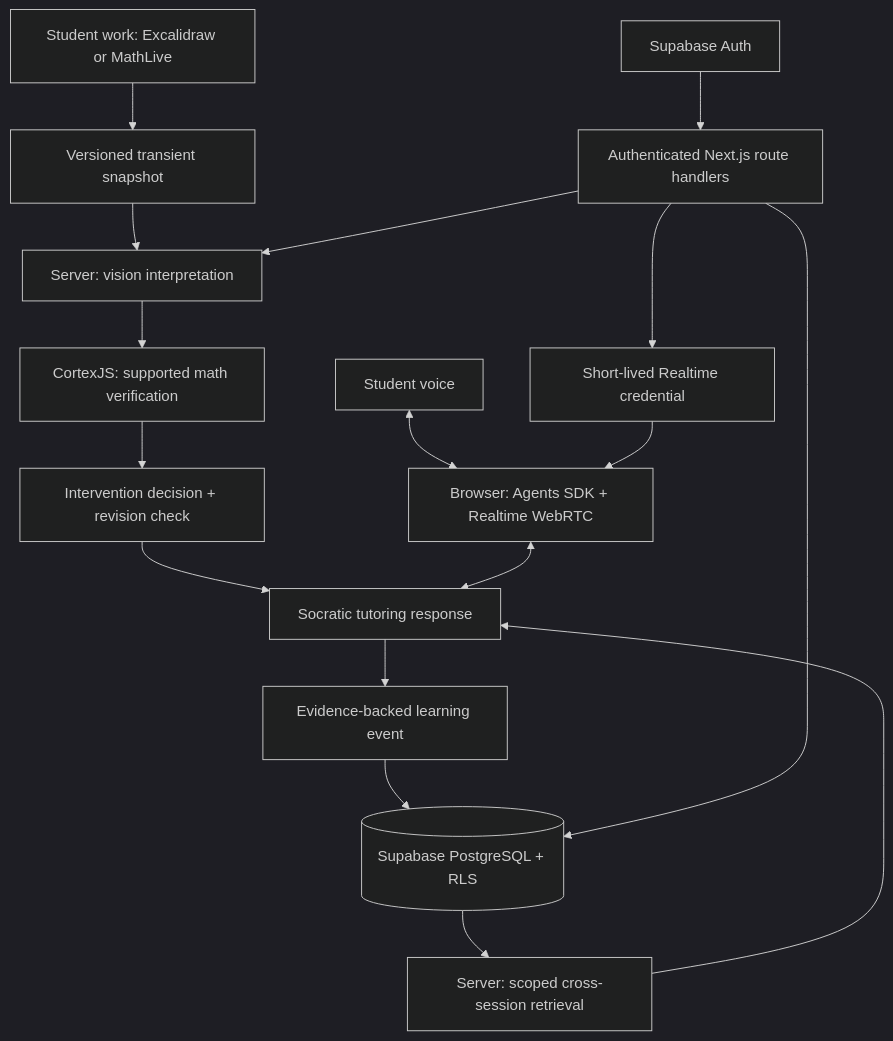
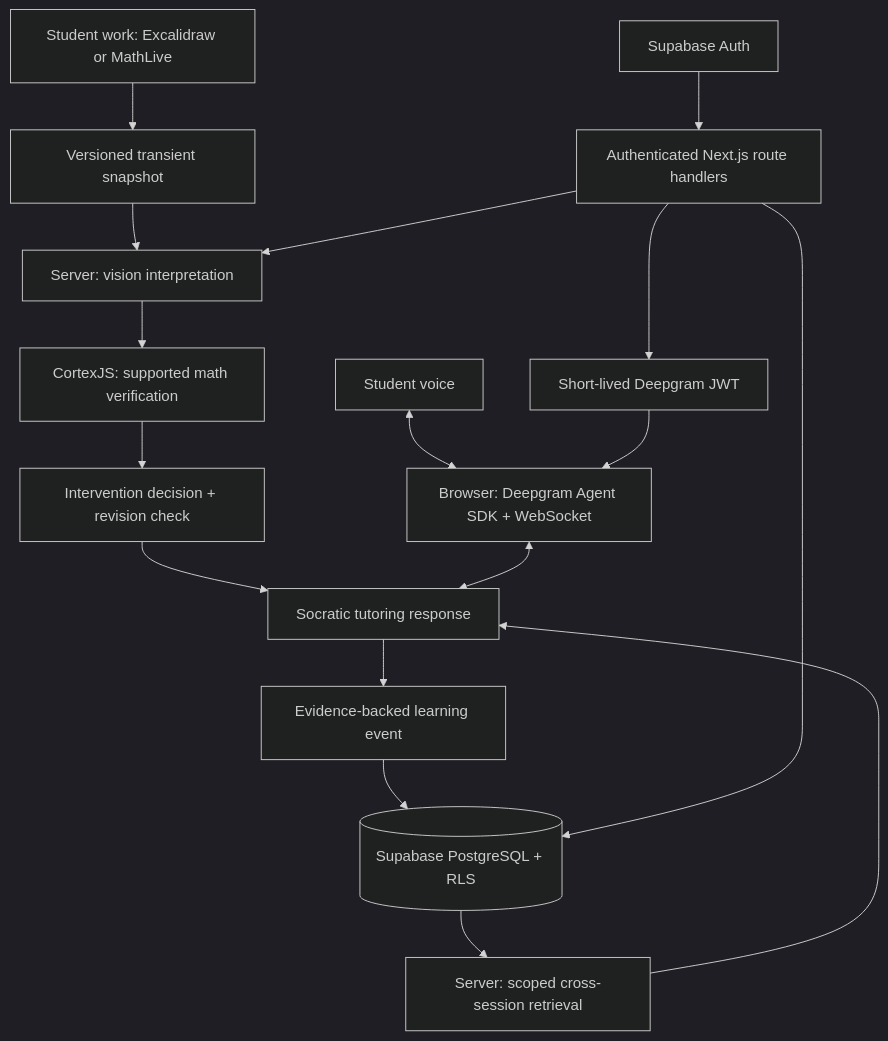
Before and after one commit to adrian0427/newton: the diagram in docs/architecture.md, drawn with Mermaid (dark theme). The commit also changed other lines of this file and 27 other files, not shown here.

````diff
--- a/docs/architecture.md
+++ b/docs/architecture.md
@@ -7,19 +7,19 @@
 ```mermaid
 flowchart TD
   Work[Student work: Excalidraw or MathLive] --> Snapshot[Versioned transient snapshot]
   Snapshot --> Interpret[Server: vision interpretation]
   Interpret --> Verify[CortexJS: supported math verification]
   Verify --> Decide[Intervention decision + revision check]
   Decide --> Response[Socratic tutoring response]
   Response --> Observation[Evidence-backed learning event]
   Observation --> DB[(Supabase PostgreSQL + RLS)]
   DB --> Retrieve[Server: scoped cross-session retrieval]
   Retrieve --> Response
-  Student[Student voice] <--> Voice[Browser: Agents SDK + Realtime WebRTC]
+  Student[Student voice] <--> Voice[Browser: Deepgram Agent SDK + WebSocket]
   Voice <--> Response
   Auth[Supabase Auth] --> Routes[Authenticated Next.js route handlers]
   Routes --> Interpret
   Routes --> DB
-  Routes --> Credential[Short-lived Realtime credential]
+  Routes --> Credential[Short-lived Deepgram JWT]
   Credential --> Voice
 ```
````
